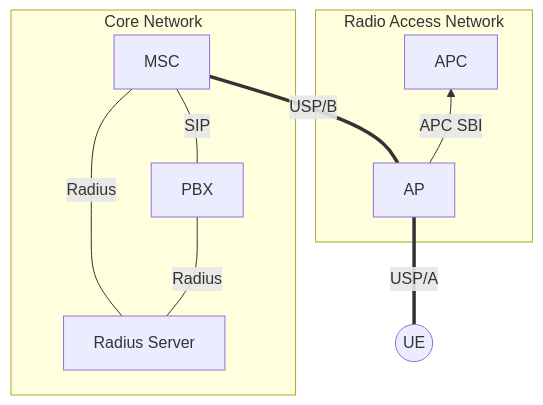
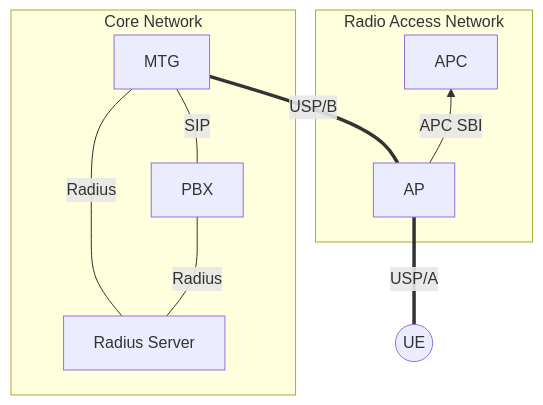
Before and after one commit to samuelh2005/cc-telecom: the diagram in docs/architecture.md, drawn with Mermaid. The commit also changed other lines of this file, not shown here.

Commit message:
docs: replace msc with mtg for clarity

````diff
--- a/docs/architecture.md
+++ b/docs/architecture.md
@@ -19,24 +19,24 @@
 ```mermaid
 flowchart BT
     UE((UE))
 
     subgraph "Radio Access Network"
         AP[AP]
         APC[APC]
 
         AP --> |"APC SBI"| APC
     end
 
     subgraph "Core Network"
         RS["Radius Server"]
         PBX[PBX]
-        MSC[MSC]
+        MTG[MTG]
         
-        RS --- |"Radius"| MSC
+        RS --- |"Radius"| MTG
         RS --- |"Radius"| PBX
-        PBX --- |"SIP"| MSC
+        PBX --- |"SIP"| MTG
     end
     
-    AP === |"USP/B"| MSC
+    AP === |"USP/B"| MTG
     UE === |"USP/A"| AP
 ```
````
